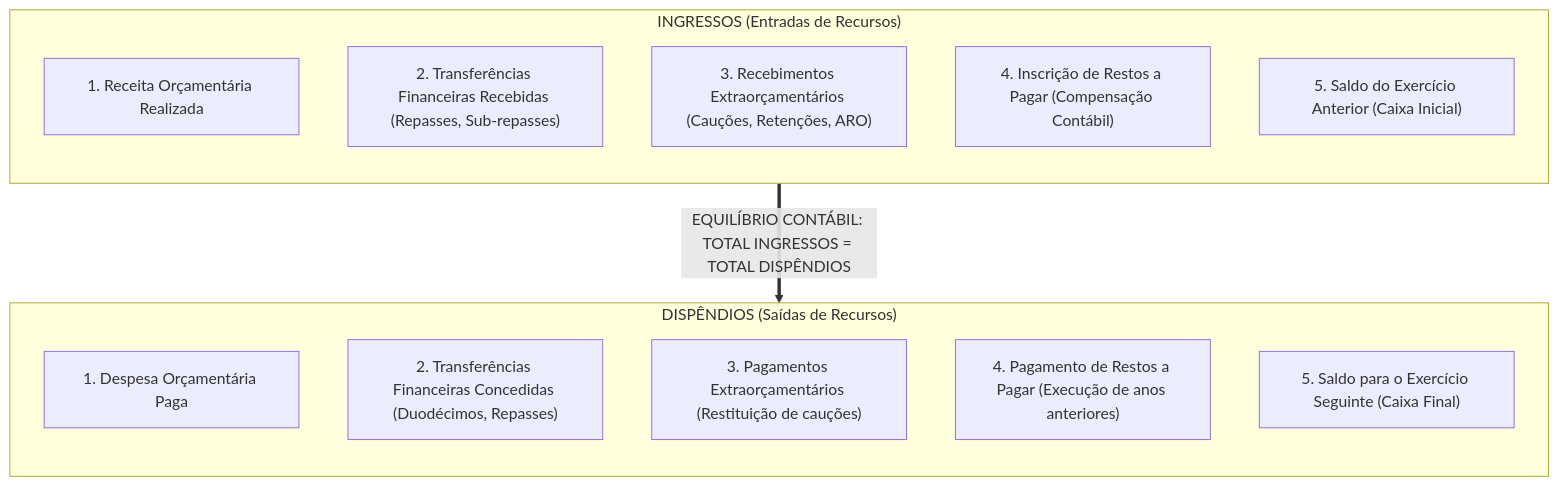
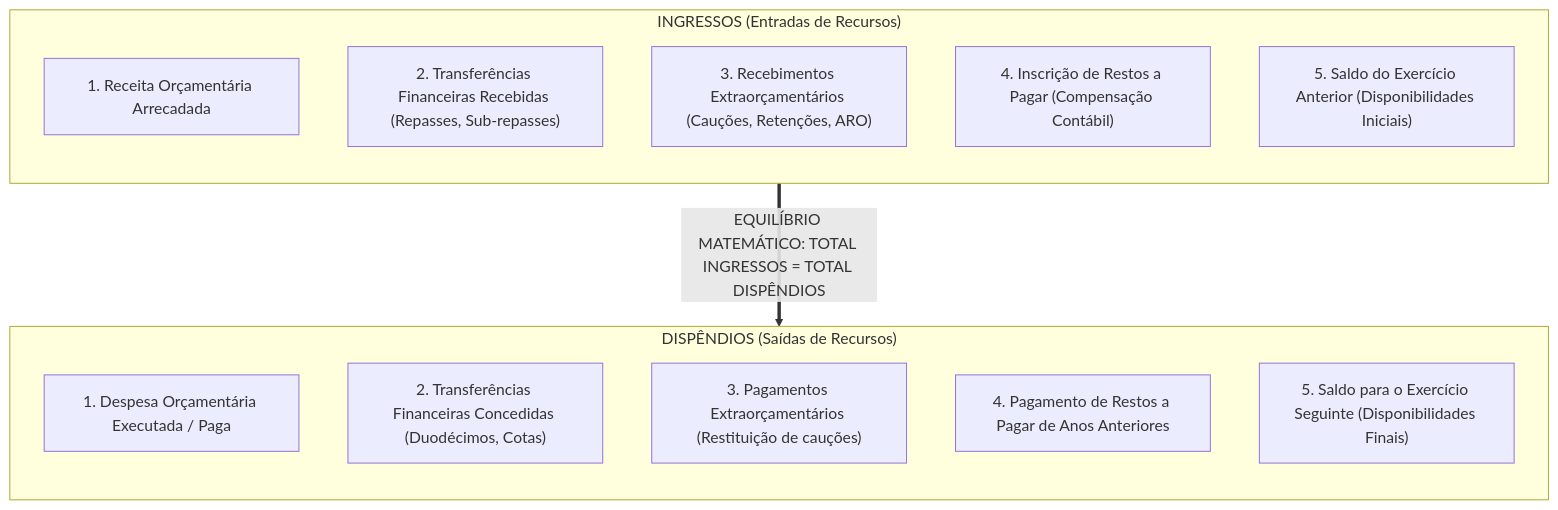
One commit to thiagosantos346/TCE-GO-2027 changed the second of 6 diagrams in fontes_de_estudo/conhecimentos_especificos_a01_tecnico_administrativo/20_contabilidade_aplicada_ao_setor_publico/04_demonstracoes_contabeis_mcasp_e_prestacao_de_contas.md. Above: the diagram before and after it, drawn with Mermaid. The commit also changed other lines of this file and 119 other files, not shown here.

````diff
--- a/fontes_de_estudo/conhecimentos_especificos_a01_tecnico_administrativo/20_contabilidade_aplicada_ao_setor_publico/04_demonstracoes_contabeis_mcasp_e_prestacao_de_contas.md
+++ b/fontes_de_estudo/conhecimentos_especificos_a01_tecnico_administrativo/20_contabilidade_aplicada_ao_setor_publico/04_demonstracoes_contabeis_mcasp_e_prestacao_de_contas.md
@@ -102,22 +87,22 @@
 ```mermaid
 flowchart TD
     subgraph Ingressos["INGRESSOS (Entradas de Recursos)"]
         direction TB
-        I1["1. Receita Orçamentária Realizada"]
+        I1["1. Receita Orçamentária Arrecadada"]
         I2["2. Transferências Financeiras Recebidas (Repasses, Sub-repasses)"]
         I3["3. Recebimentos Extraorçamentários (Cauções, Retenções, ARO)"]
         I4["4. Inscrição de Restos a Pagar (Compensação Contábil)"]
-        I5["5. Saldo do Exercício Anterior (Caixa Inicial)"]
+        I5["5. Saldo do Exercício Anterior (Disponibilidades Iniciais)"]
     end
 
     subgraph Dispendios["DISPÊNDIOS (Saídas de Recursos)"]
         direction TB
-        D1["1. Despesa Orçamentária Paga"]
-        D2["2. Transferências Financeiras Concedidas (Duodécimos, Repasses)"]
+        D1["1. Despesa Orçamentária Executada / Paga"]
+        D2["2. Transferências Financeiras Concedidas (Duodécimos, Cotas)"]
         D3["3. Pagamentos Extraorçamentários (Restituição de cauções)"]
-        D4["4. Pagamento de Restos a Pagar (Execução de anos anteriores)"]
-        D5["5. Saldo para o Exercício Seguinte (Caixa Final)"]
+        D4["4. Pagamento de Restos a Pagar de Anos Anteriores"]
+        D5["5. Saldo para o Exercício Seguinte (Disponibilidades Finais)"]
     end
 
-    Ingressos ==>|"EQUILÍBRIO CONTÁBIL: TOTAL INGRESSOS = TOTAL DISPÊNDIOS"| Dispendios
+    Ingressos ==>|"EQUILÍBRIO MATEMÁTICO: TOTAL INGRESSOS = TOTAL DISPÊNDIOS"| Dispendios
 ```
````
